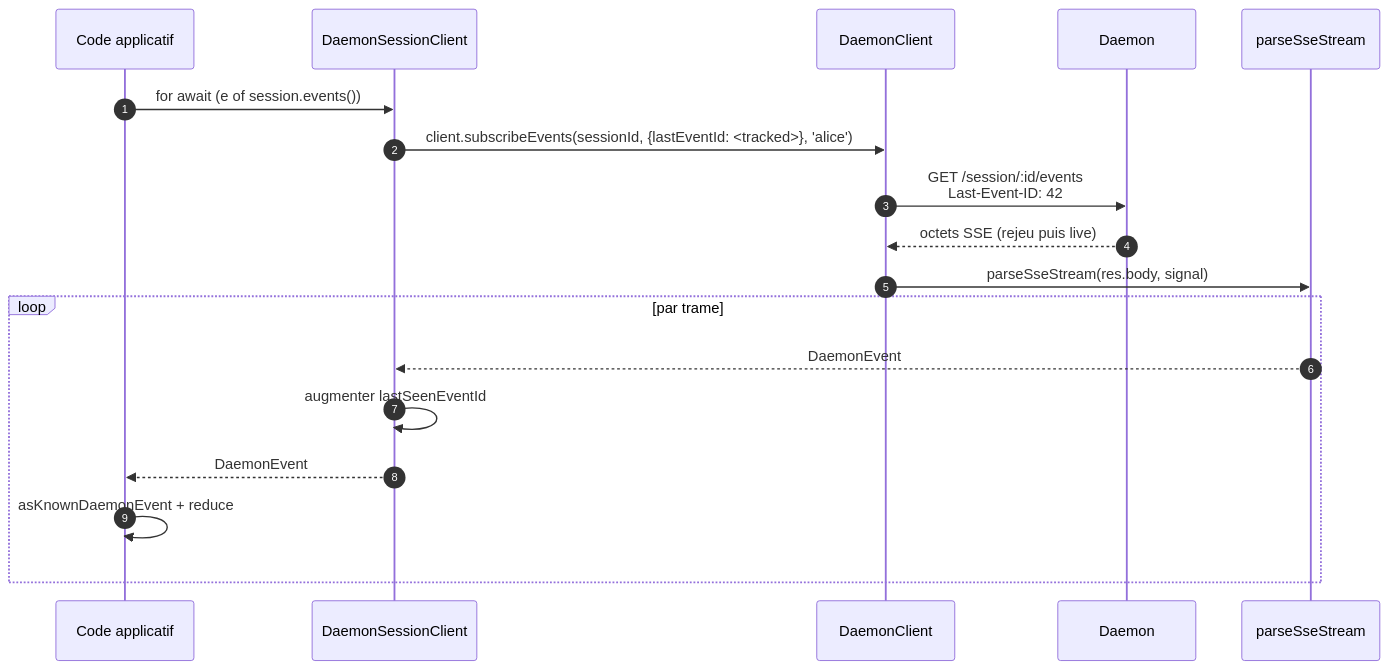
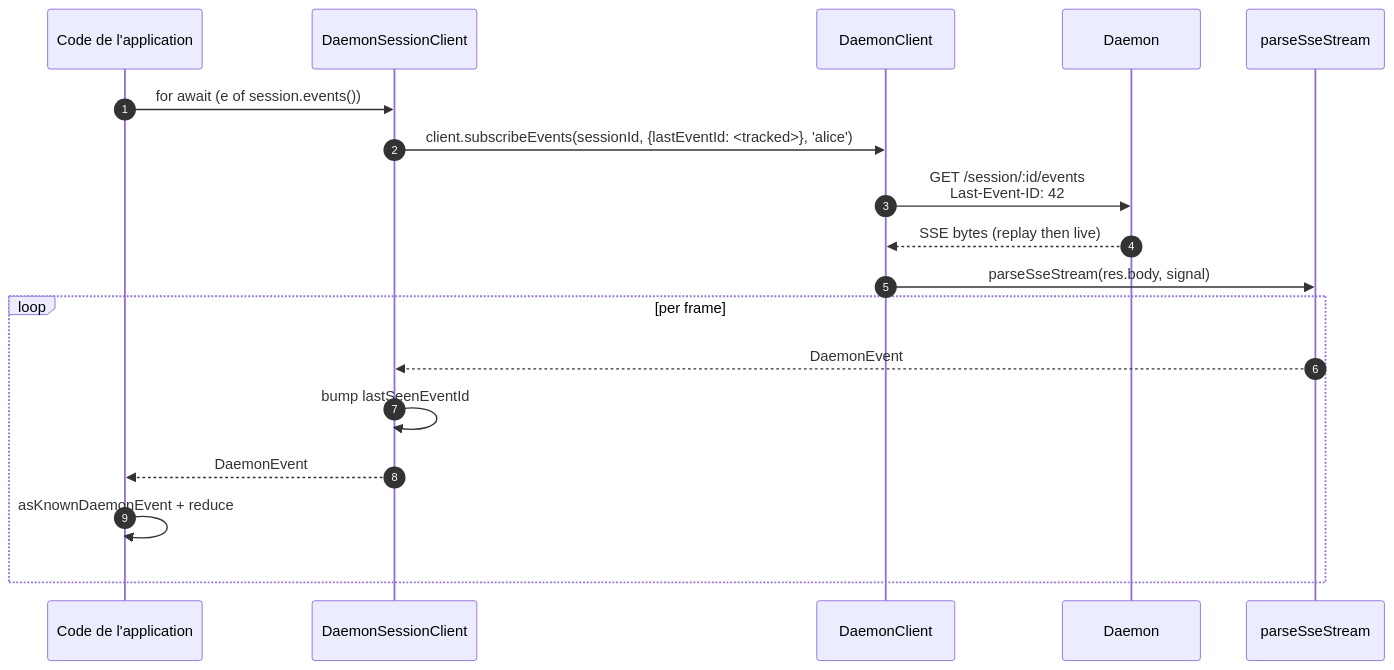
Before and after one commit to QwenLM/qwen-code-docs: the second of 3 diagrams in website/content/fr/developers/daemon/13-sdk-daemon-client.md, drawn with Mermaid. The commit also changed other lines of this file and 162 other files, not shown here.

````diff
--- a/website/content/fr/developers/daemon/13-sdk-daemon-client.md
+++ b/website/content/fr/developers/daemon/13-sdk-daemon-client.md
@@ -157,21 +157,21 @@
 ```mermaid
 sequenceDiagram
     autonumber
-    participant App as Code applicatif
+    participant App as Code de l'application
     participant SC as DaemonSessionClient
     participant DC as DaemonClient
     participant D as Daemon
     participant P as parseSseStream
 
     App->>SC: for await (e of session.events())
     SC->>DC: client.subscribeEvents(sessionId, {lastEventId: <tracked>}, 'alice')
     DC->>D: GET /session/:id/events<br/>Last-Event-ID: 42
-    D-->>DC: octets SSE (rejeu puis live)
+    D-->>DC: SSE bytes (replay then live)
     DC->>P: parseSseStream(res.body, signal)
-    loop par trame
+    loop per frame
         P-->>SC: DaemonEvent
-        SC->>SC: augmenter lastSeenEventId
+        SC->>SC: bump lastSeenEventId
         SC-->>App: DaemonEvent
         App->>App: asKnownDaemonEvent + reduce
     end
 ```
````
